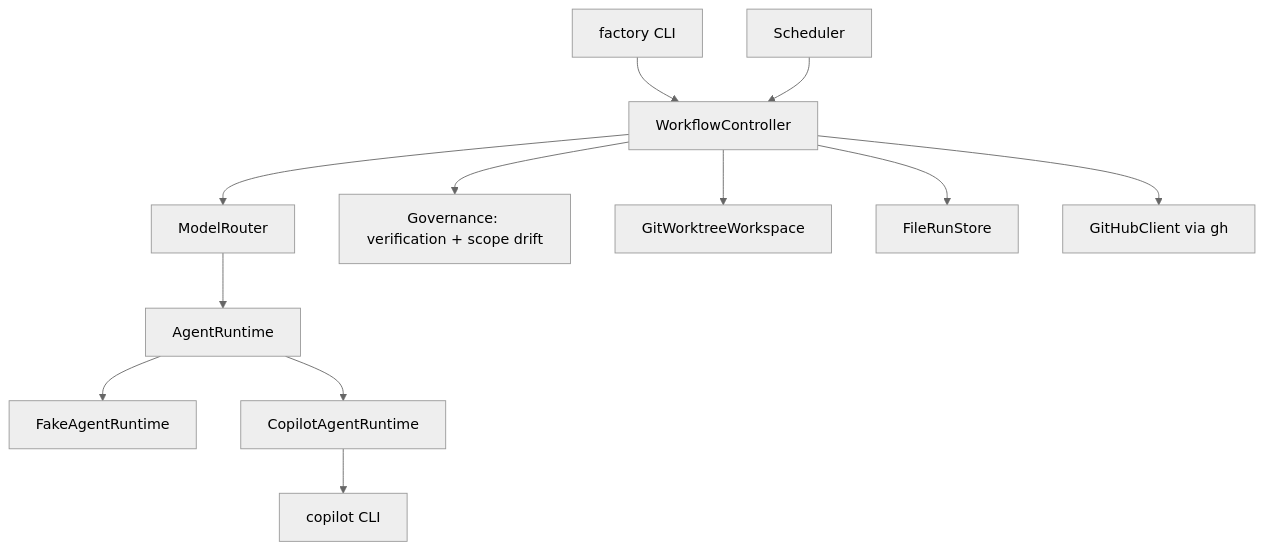
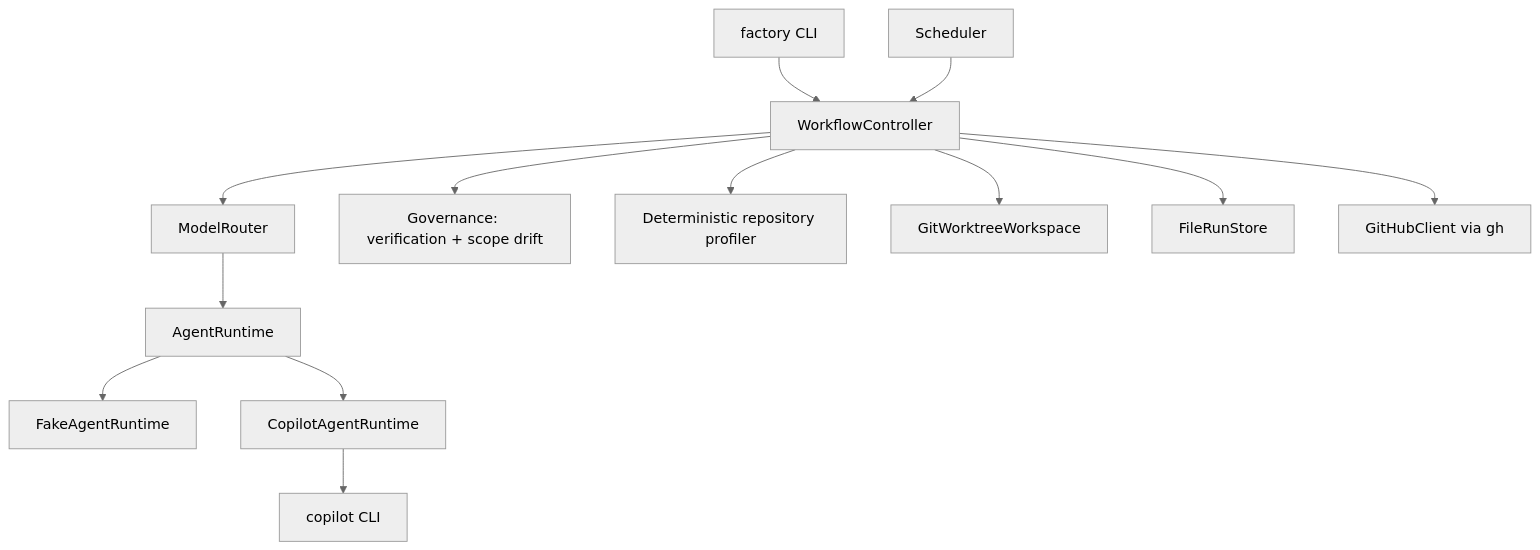
The diagram in docs/concepts/how-it-works.md (sanjit-roopra/software-agent-factory), drawn with Mermaid (neutral theme) before and after one commit. The commit also changed other lines of this file and 46 other files, not shown here.

````diff
--- a/docs/concepts/how-it-works.md
+++ b/docs/concepts/how-it-works.md
@@ -8,14 +8,15 @@
 ```mermaid
 flowchart TD
   CLI[factory CLI] --> WC[WorkflowController]
   SCHED[Scheduler] --> WC
   WC --> ROUTER[ModelRouter]
   WC --> GOV[Governance: verification + scope drift]
+  WC --> PROF[Deterministic repository profiler]
   WC --> WS[GitWorktreeWorkspace]
   WC --> STORE[FileRunStore]
   ROUTER --> RT[AgentRuntime]
   RT --> FAKE[FakeAgentRuntime]
   RT --> COP[CopilotAgentRuntime]
   COP --> COPILOT[copilot CLI]
   WC --> GH[GitHubClient via gh]
 ```
````
